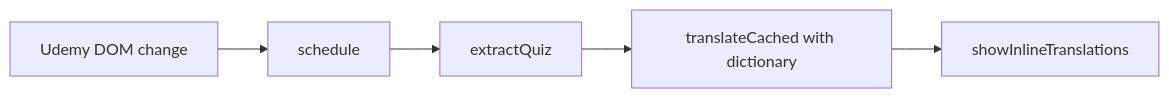
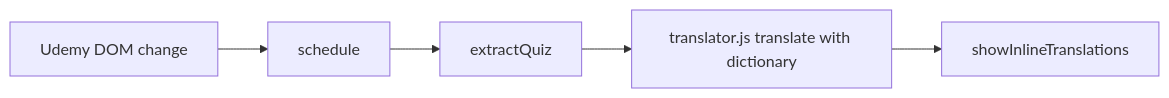
One commit to JaceDashS/udemy-korean-translator changed the first of 3 diagrams in docs/architecture/10-overview.md. Above: the diagram before and after it, drawn with Mermaid. The commit also changed other lines of this file and 25 other files, not shown here.

````diff
--- a/docs/architecture/10-overview.md
+++ b/docs/architecture/10-overview.md
@@ -20,7 +22,7 @@
 ```mermaid
 flowchart LR
     A[Udemy DOM change] --> B[schedule]
     B --> C[extractQuiz]
-    C --> D[translateCached with dictionary]
+    C --> D[translator.js translate with dictionary]
     D --> E[showInlineTranslations]
 ```
````
